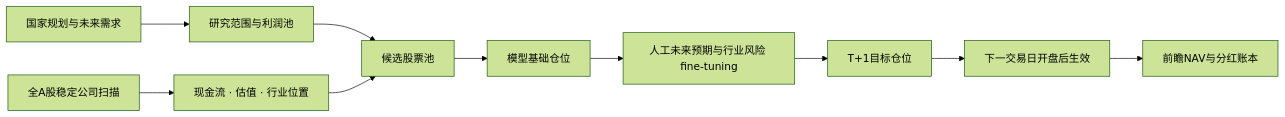
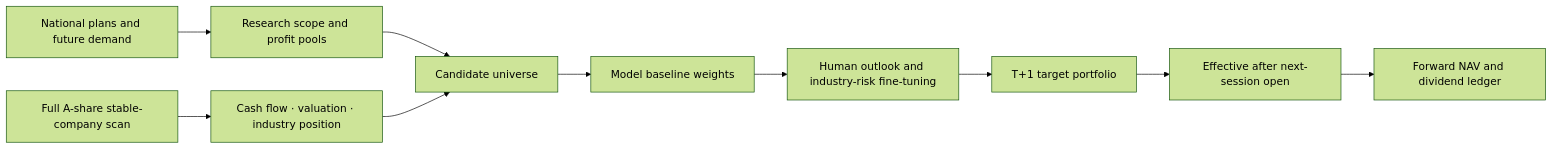
One commit to MIngQian04/a-share-moat-value-strategy changed the diagram in README.md. Above: the diagram before and after it, drawn with Mermaid (forest theme). The commit also changed other lines of this file and 1 other file, not shown here.

````diff
--- a/README.md
+++ b/README.md
@@ -25,12 +27,12 @@
 ```mermaid
 flowchart LR
-    A[国家规划与未来需求] --> B[研究范围与利润池]
-    C[全A股稳定公司扫描] --> D[现金流 · 估值 · 行业位置]
-    B --> E[候选股票池]
+    A[National plans and future demand] --> B[Research scope and profit pools]
+    C[Full A-share stable-company scan] --> D[Cash flow · valuation · industry position]
+    B --> E[Candidate universe]
     D --> E
-    E --> F[模型基础仓位]
-    F --> G[人工未来预期与行业风险 fine-tuning]
-    G --> H[T+1目标仓位]
-    H --> I[下一交易日开盘后生效]
-    I --> J[前瞻NAV与分红账本]
+    E --> F[Model baseline weights]
+    F --> G[Human outlook and industry-risk fine-tuning]
+    G --> H[T+1 target portfolio]
+    H --> I[Effective after next-session open]
+    I --> J[Forward NAV and dividend ledger]
 ```
````
